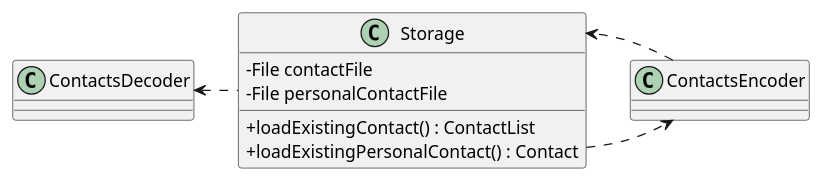
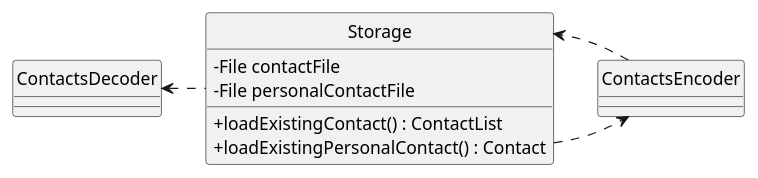
One commit to nus-cs2113-AY2122S1/tp changed the diagram in docs/diagrams/StorageClassDiagram.puml. Above: the diagram before and after it, drawn with PlantUML. The commit also changed 1 other file, not shown here.

```diff
--- a/docs/diagrams/StorageClassDiagram.puml
+++ b/docs/diagrams/StorageClassDiagram.puml
@@ -1,39 +1,37 @@
 @startuml
+hide circle
 skinparam classAttributeIconSize 0
 'https://plantuml.com/class-diagram
 
 
 'List <|-- AbstractList
 'Collection <|-- AbstractCollection
 '
 'Collection <|- List
 'AbstractCollection <. AbstractList
 'AbstractList <|-- ArrayList
 Storage .left.> ContactsDecoder
 Storage .right.> ContactsEncoder
 'Storage  -up->"contactFile 0..1"File
 'Storage  -up->"personalContactFile 0..1"File
 ContactsEncoder ..> Storage
-
-'class File {
-'}
 
 class Storage {
 -File contactFile
 -File personalContactFile
 '-hasExistingPersonalContactFile() : boolean
 '-hasEmptyExistingPersonalContactFile() : boolean
 '-hasExistingContactFile() : boolean
 +loadExistingContact() : ContactList
 +loadExistingPersonalContact() : Contact
 }
 
 class ContactsEncoder {
 }
 
 class ContactsDecoder {
 }
 
 
 
 @enduml
```
